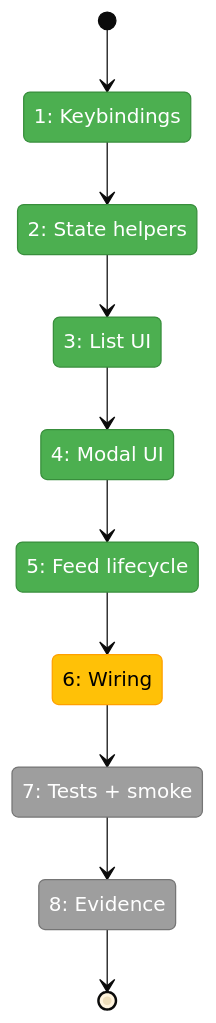
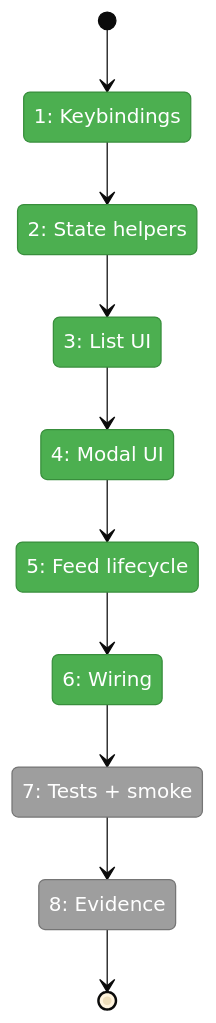
Before and after one commit to vaughanknight/pij: the first of 2 diagrams in docs/plans/007-options-for-pi-extensions-that-do-subagents/tasks/phase-2-full-modal-minih-run-viewer/tasks.fltplan.md, drawn with Mermaid (base theme). The commit also changed other lines of this file and 3 other files, not shown here.

````diff
--- a/docs/plans/007-options-for-pi-extensions-that-do-subagents/tasks/phase-2-full-modal-minih-run-viewer/tasks.fltplan.md
+++ b/docs/plans/007-options-for-pi-extensions-that-do-subagents/tasks/phase-2-full-modal-minih-run-viewer/tasks.fltplan.md
@@ -43,30 +43,29 @@
 ```mermaid
 stateDiagram-v2
     classDef pending fill:#9E9E9E,stroke:#757575,color:#fff
     classDef active fill:#FFC107,stroke:#FFA000,color:#000
     classDef done fill:#4CAF50,stroke:#388E3C,color:#fff
     classDef blocked fill:#F44336,stroke:#D32F2F,color:#fff
 
     state "1: Keybindings" as S1
     state "2: State helpers" as S2
     state "3: List UI" as S3
     state "4: Modal UI" as S4
     state "5: Feed lifecycle" as S5
     state "6: Wiring" as S6
     state "7: Tests + smoke" as S7
     state "8: Evidence" as S8
 
     [*] --> S1
     S1 --> S2
     S2 --> S3
     S3 --> S4
     S4 --> S5
     S5 --> S6
     S6 --> S7
     S7 --> S8
     S8 --> [*]
 
-    class S1,S2,S3,S4,S5 done
-    class S6 active
+    class S1,S2,S3,S4,S5,S6 done
     class S7,S8 pending
 ```
````
